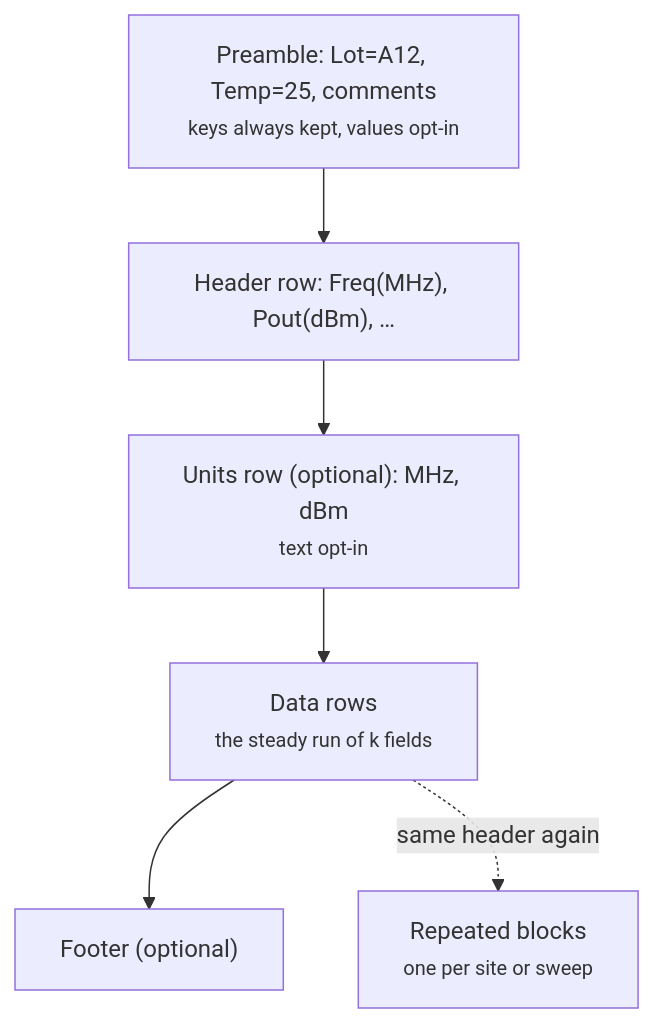
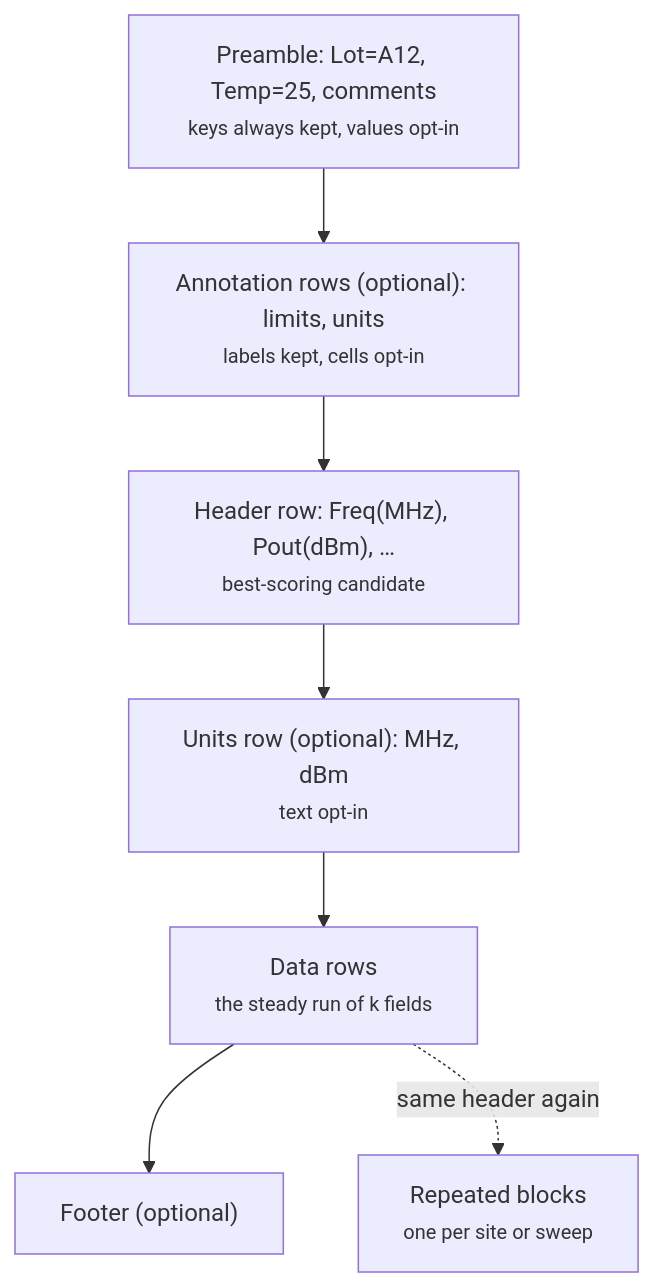
One commit to squalor-xyz/squalify changed the fourth of 10 diagrams in docs/how-it-works.md. Above: the diagram before and after it, drawn with Mermaid. The commit also changed other lines of this file and 34 other files, not shown here.

First line of the commit message:
Sample-data review: adopt findings into roadmap and design

````diff
--- a/docs/how-it-works.md
+++ b/docs/how-it-works.md
@@ -62,8 +64,9 @@
 ```mermaid
 flowchart TD
-    R1["Preamble: Lot=A12, Temp=25, comments<br/><small>keys always kept, values opt-in</small>"] --> R2["Header row: Freq(MHz), Pout(dBm), …"]
+    R1["Preamble: Lot=A12, Temp=25, comments<br/><small>keys always kept, values opt-in</small>"] --> RA["Annotation rows (optional): limits, units<br/><small>labels kept, cells opt-in</small>"]
+    RA --> R2["Header row: Freq(MHz), Pout(dBm), …<br/><small>best-scoring candidate</small>"]
     R2 --> R3["Units row (optional): MHz, dBm<br/><small>text opt-in</small>"]
     R3 --> R4["Data rows<br/><small>the steady run of k fields</small>"]
     R4 --> R5["Footer (optional)"]
     R4 -. "same header again" .-> R6["Repeated blocks<br/><small>one per site or sweep</small>"]
 ```
````
